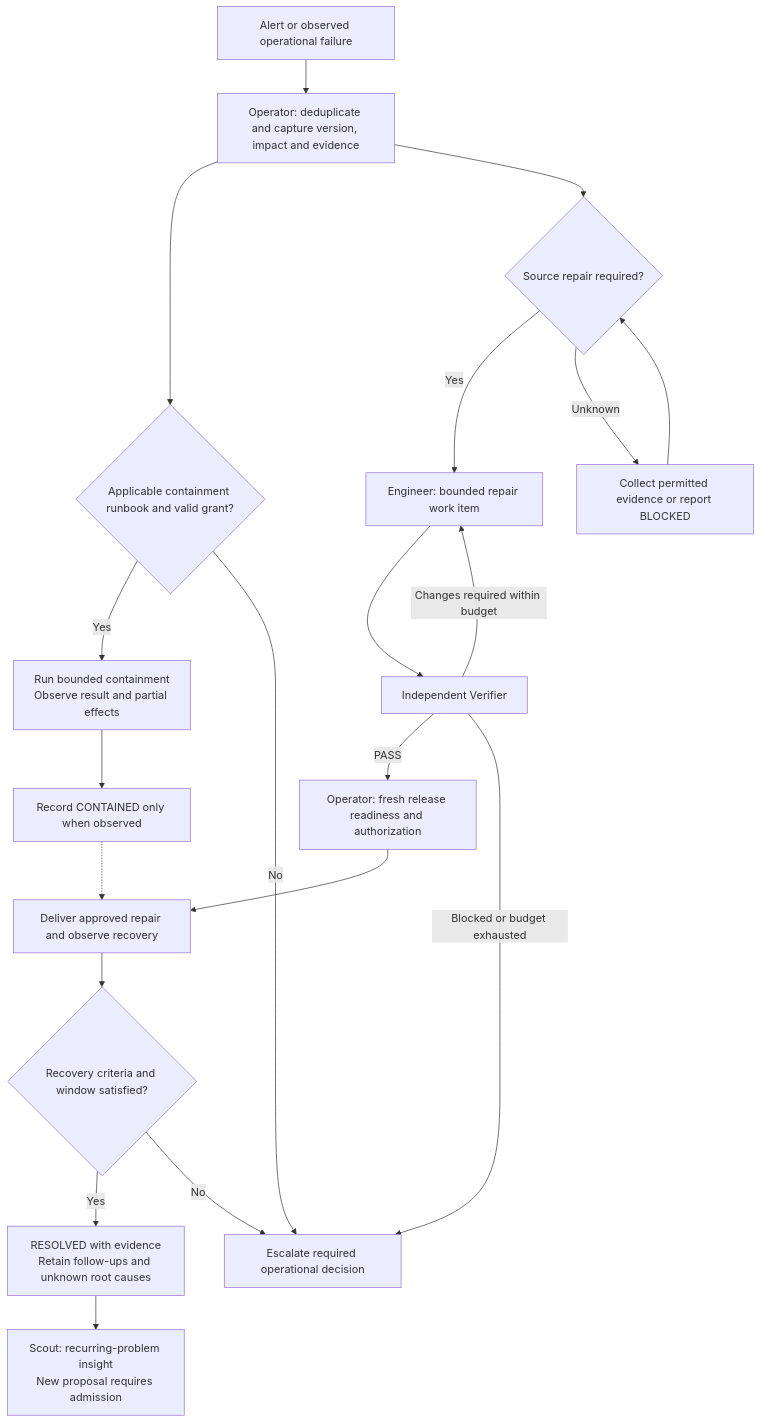
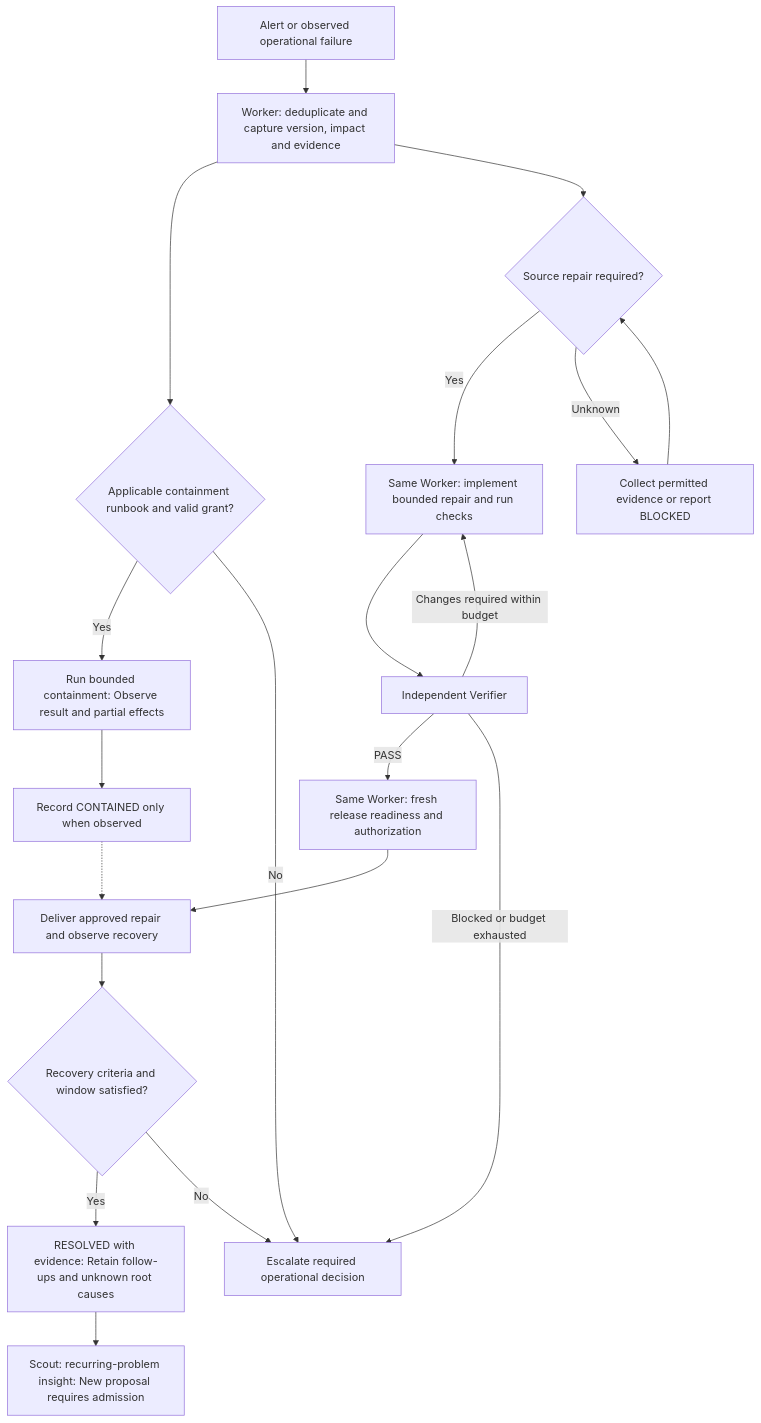
The diagram in workflows/incident.mmd (daiyanze/surgical-dev), drawn with Mermaid before and after one commit. The commit also changed 102 other files, not shown here.

```diff
--- a/workflows/incident.mmd
+++ b/workflows/incident.mmd
@@ -1,20 +1,20 @@
 flowchart TD
-    A["Alert or observed operational failure"] --> O["Operator: deduplicate and capture version, impact and evidence"]
-    O --> C{"Applicable containment runbook and valid grant?"}
-    C -->|"Yes"| M["Run bounded containment<br/>Observe result and partial effects"]
+    A["Alert or observed operational failure"] --> TRIAGE["Worker: deduplicate and capture version, impact and evidence"]
+    TRIAGE --> C{"Applicable containment runbook and valid grant?"}
+    C -->|"Yes"| M["Run bounded containment: Observe result and partial effects"]
     C -->|"No"| H["Escalate required operational decision"]
     M --> T["Record CONTAINED only when observed"]
-    O --> D{"Source repair required?"}
-    D -->|"Yes"| E["Engineer: bounded repair work item"]
+    TRIAGE --> D{"Source repair required?"}
+    D -->|"Yes"| E["Same Worker: implement bounded repair and run checks"]
     D -->|"Unknown"| I["Collect permitted evidence or report BLOCKED"]
     I --> D
     E --> V["Independent Verifier"]
     V -->|"Changes required within budget"| E
-    V -->|"PASS"| R["Operator: fresh release readiness and authorization"]
+    V -->|"PASS"| R["Same Worker: fresh release readiness and authorization"]
     V -->|"Blocked or budget exhausted"| H
     R --> P["Deliver approved repair and observe recovery"]
     T -.-> P
     P --> Q{"Recovery criteria and window satisfied?"}
-    Q -->|"Yes"| CLOSE["RESOLVED with evidence<br/>Retain follow-ups and unknown root causes"]
+    Q -->|"Yes"| CLOSE["RESOLVED with evidence: Retain follow-ups and unknown root causes"]
     Q -->|"No"| H
-    CLOSE --> S["Scout: recurring-problem insight<br/>New proposal requires admission"]
+    CLOSE --> S["Scout: recurring-problem insight: New proposal requires admission"]
```
